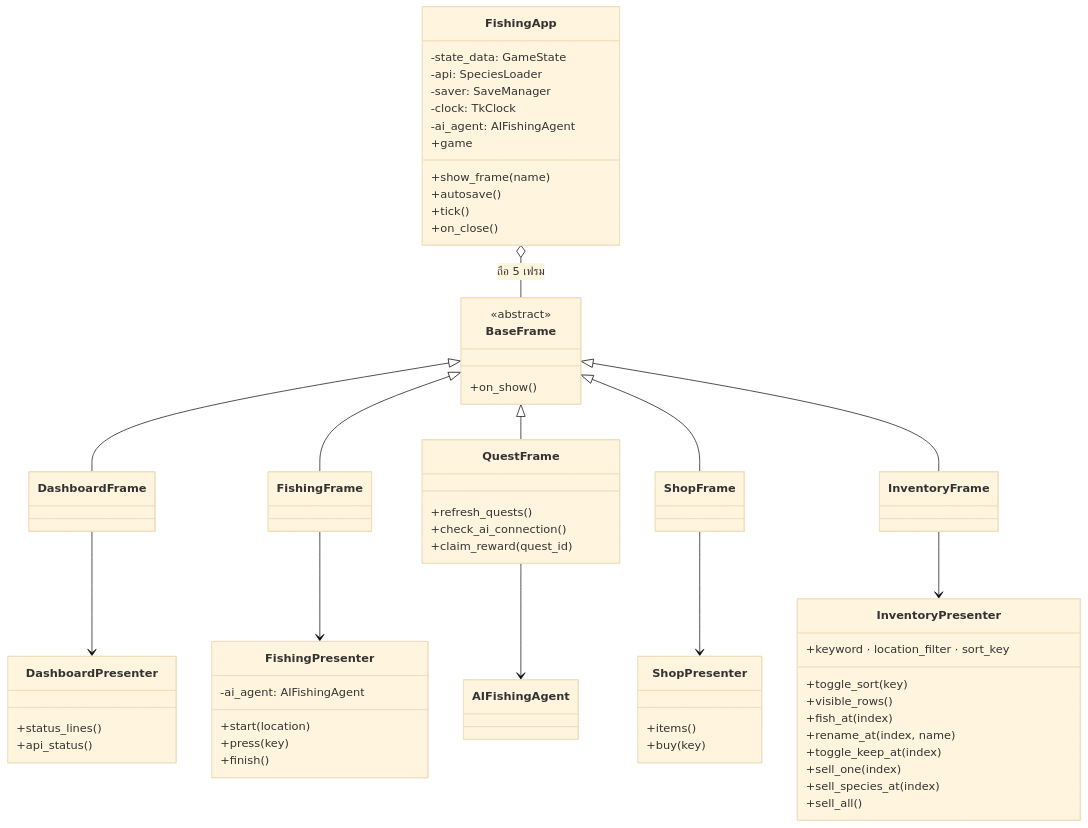
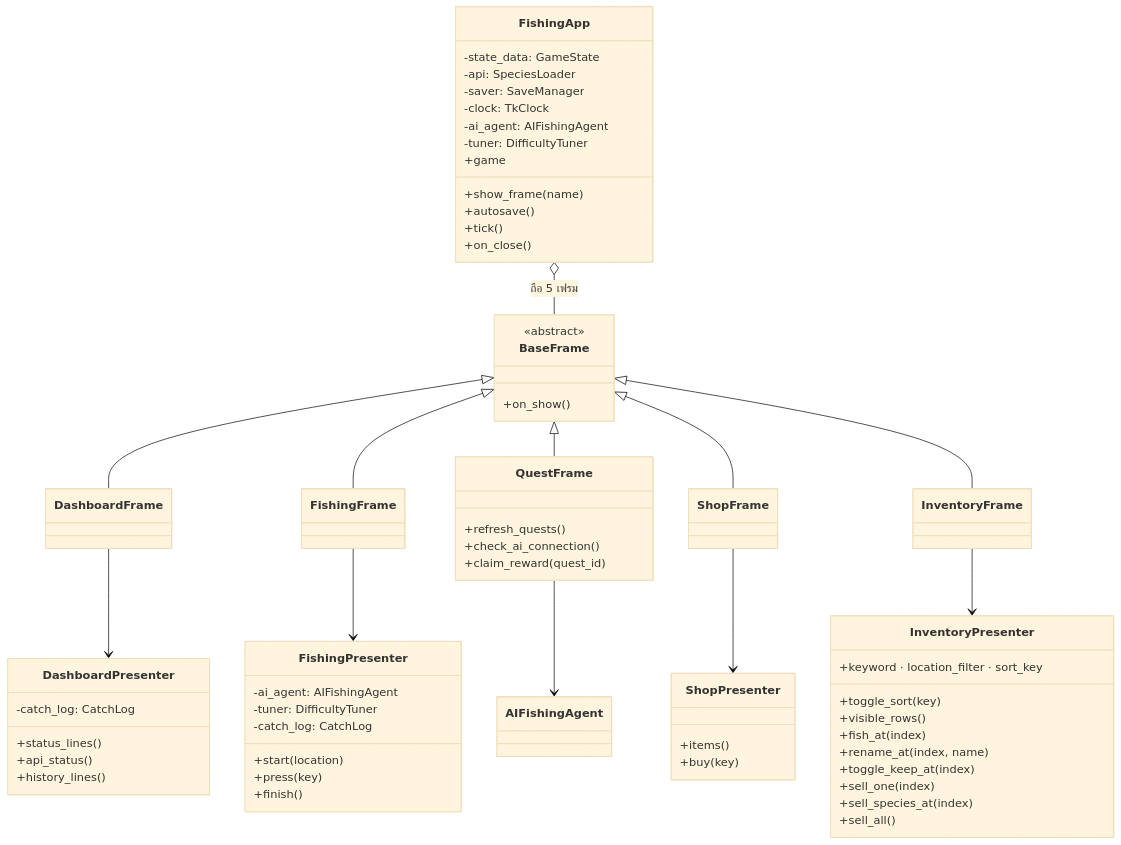
Before and after one commit to suphachaikh-creator/Final-Project_G11_Sec2_Script_Programming: the third of 3 diagrams in PLAN.md, drawn with Mermaid (base theme). The commit also changed other lines of this file and 27 other files, not shown here.

````diff
--- a/PLAN.md
+++ b/PLAN.md
@@ -523,67 +574,72 @@
 ```mermaid
 classDiagram
     direction TB
 
     class FishingApp {
         -state_data: GameState
         -api: SpeciesLoader
         -saver: SaveManager
         -clock: TkClock
         -ai_agent: AIFishingAgent
+        -tuner: DifficultyTuner
         +game
         +show_frame(name)
         +autosave()
         +tick()
         +on_close()
     }
     class InventoryPresenter {
         +keyword · location_filter · sort_key
         +toggle_sort(key)
         +visible_rows()
         +fish_at(index)
         +rename_at(index, name)
         +toggle_keep_at(index)
         +sell_one(index)
         +sell_species_at(index)
         +sell_all()
     }
     class FishingPresenter {
         -ai_agent: AIFishingAgent
+        -tuner: DifficultyTuner
+        -catch_log: CatchLog
         +start(location)
         +press(key)
         +finish()
     }
     class ShopPresenter {
         +items()
         +buy(key)
     }
     class DashboardPresenter {
+        -catch_log: CatchLog
         +status_lines()
         +api_status()
+        +history_lines()
     }
     class BaseFrame {
         <<abstract>>
         +on_show()
     }
     class DashboardFrame
     class FishingFrame
     class ShopFrame
     class InventoryFrame
     class QuestFrame {
         +refresh_quests()
         +check_ai_connection()
         +claim_reward(quest_id)
     }
 
     FishingApp o-- BaseFrame : ถือ 5 เฟรม
     BaseFrame <|-- DashboardFrame
     BaseFrame <|-- FishingFrame
     BaseFrame <|-- QuestFrame
     BaseFrame <|-- ShopFrame
     BaseFrame <|-- InventoryFrame
     QuestFrame --> AIFishingAgent
     DashboardFrame --> DashboardPresenter
     FishingFrame --> FishingPresenter
     ShopFrame --> ShopPresenter
     InventoryFrame --> InventoryPresenter
 ```
````
